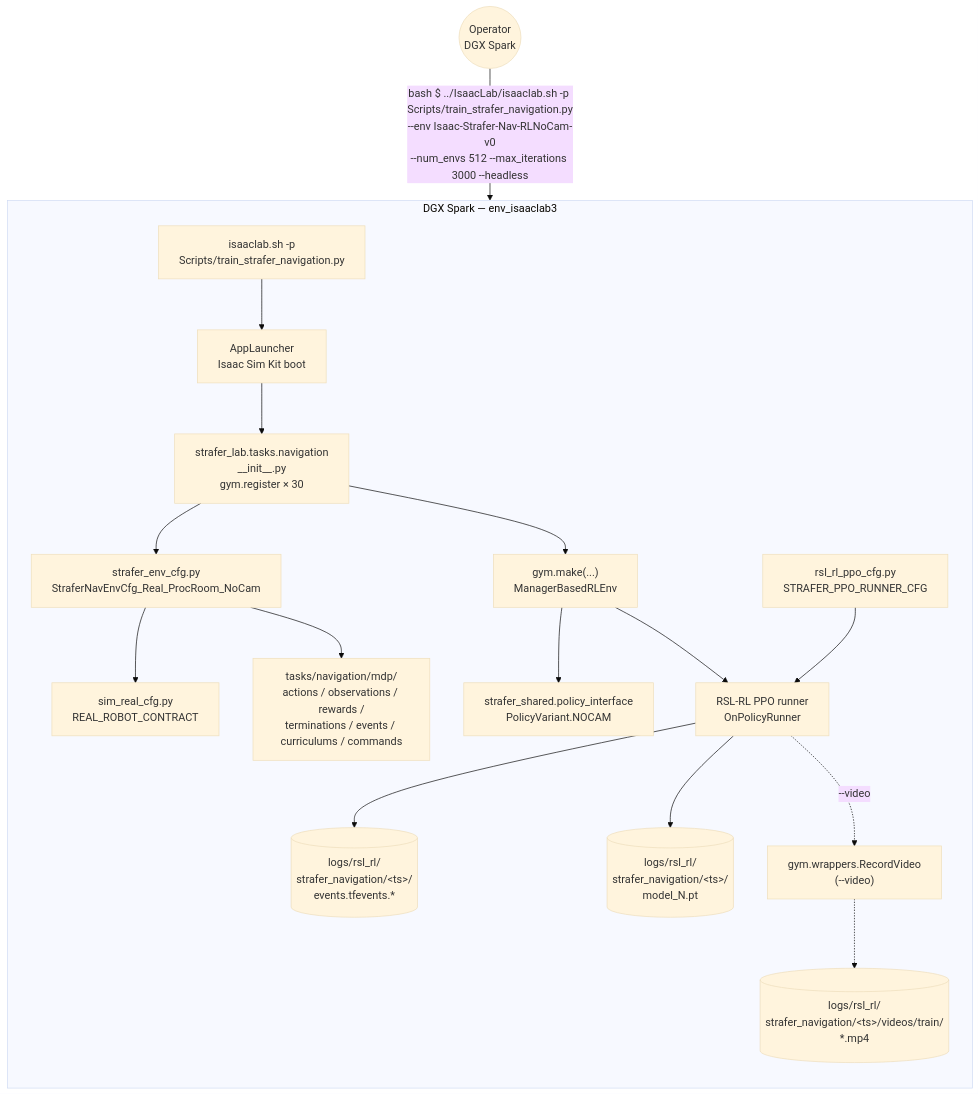
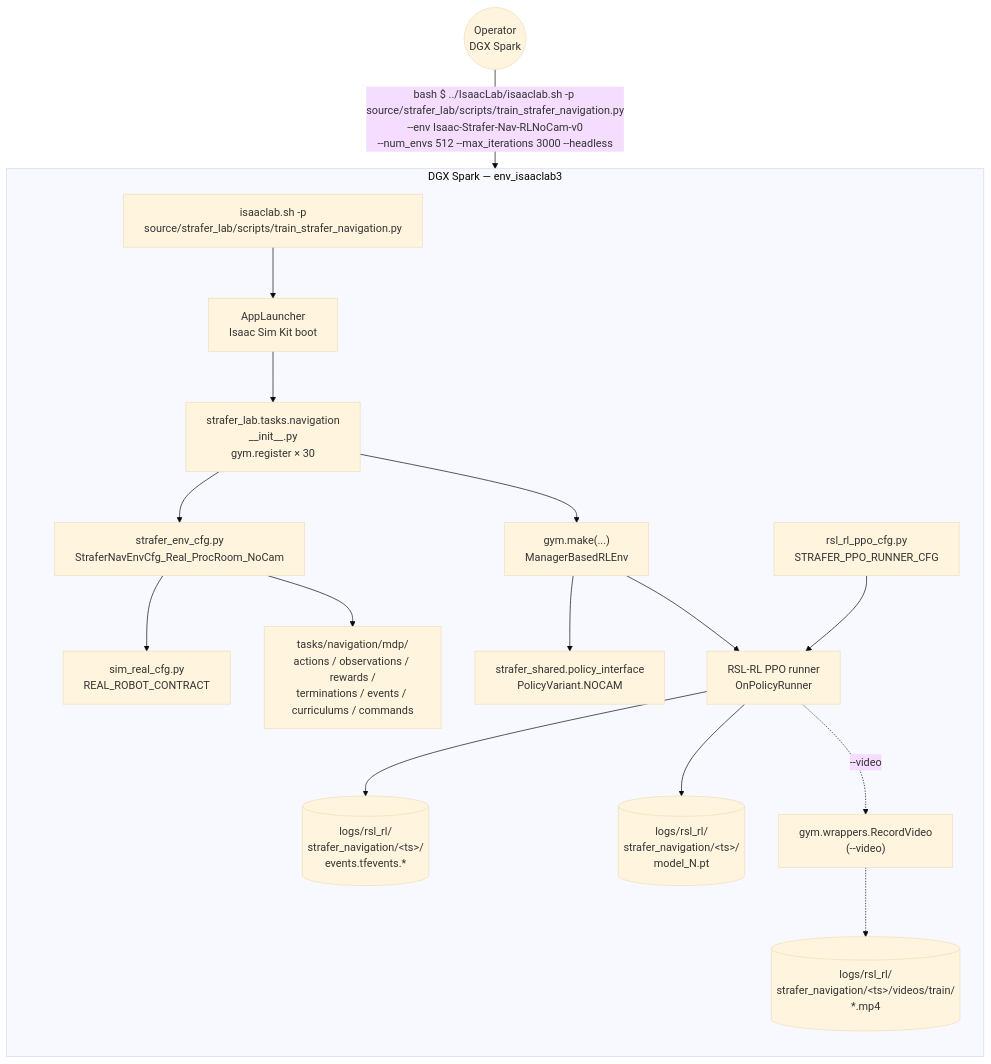
Before and after one commit to zachoines/Sim2RealLab: the third of 7 diagrams in docs/SYSTEM_FLOW_DIAGRAMS.md, drawn with Mermaid (base theme). The commit also changed 59 other files, not shown here.

````diff
--- a/docs/SYSTEM_FLOW_DIAGRAMS.md
+++ b/docs/SYSTEM_FLOW_DIAGRAMS.md
@@ -215,54 +215,54 @@
 ```mermaid
 flowchart TB
     Operator((Operator<br/>DGX Spark))
 
     subgraph DGX["DGX Spark — env_isaaclab3"]
         direction TB
 
-        Launcher["isaaclab.sh -p<br/>Scripts/train_strafer_navigation.py"]
+        Launcher["isaaclab.sh -p<br/>source/strafer_lab/scripts/train_strafer_navigation.py"]
         AppLauncher["AppLauncher<br/>Isaac Sim Kit boot"]
 
         TasksInit["strafer_lab.tasks.navigation<br/>__init__.py<br/>gym.register × 30"]
         EnvCfg["strafer_env_cfg.py<br/>StraferNavEnvCfg_Real_ProcRoom_NoCam"]
         SimRealCfg["sim_real_cfg.py<br/>REAL_ROBOT_CONTRACT"]
         MDP["tasks/navigation/mdp/<br/>actions / observations / rewards /<br/>terminations / events / curriculums / commands"]
 
         GymEnv["gym.make(...)<br/>ManagerBasedRLEnv"]
         PolicyInterface["strafer_shared.policy_interface<br/>PolicyVariant.NOCAM"]
 
         PPO["RSL-RL PPO runner<br/>OnPolicyRunner"]
         RunnerCfg["rsl_rl_ppo_cfg.py<br/>STRAFER_PPO_RUNNER_CFG"]
 
         VideoRec["gym.wrappers.RecordVideo<br/>(--video)"]
 
         Tensorboard[("logs/rsl_rl/<br/>strafer_navigation/&lt;ts&gt;/<br/>events.tfevents.*")]
         Checkpoint[("logs/rsl_rl/<br/>strafer_navigation/&lt;ts&gt;/<br/>model_N.pt")]
         Videos[("logs/rsl_rl/<br/>strafer_navigation/&lt;ts&gt;/videos/train/<br/>*.mp4")]
     end
 
-    Operator -->|bash $ ../IsaacLab/isaaclab.sh -p Scripts/train_strafer_navigation.py<br/>--env Isaac-Strafer-Nav-RLNoCam-v0<br/>--num_envs 512 --max_iterations 3000 --headless| Launcher
+    Operator -->|bash $ ../IsaacLab/isaaclab.sh -p source/strafer_lab/scripts/train_strafer_navigation.py<br/>--env Isaac-Strafer-Nav-RLNoCam-v0<br/>--num_envs 512 --max_iterations 3000 --headless| Launcher
 
     Launcher --> AppLauncher
     AppLauncher --> TasksInit
     TasksInit --> EnvCfg
     EnvCfg --> SimRealCfg
     EnvCfg --> MDP
     TasksInit --> GymEnv
     GymEnv --> PolicyInterface
 
     RunnerCfg --> PPO
     GymEnv --> PPO
     PPO --> Tensorboard
     PPO --> Checkpoint
 
     PPO -.->|--video| VideoRec
     VideoRec -.-> Videos
 
-    click Launcher "../Scripts/train_strafer_navigation.py" "Training wrapper (RSL-RL / aux losses / video)"
+    click Launcher "../source/strafer_lab/scripts/train_strafer_navigation.py" "Training wrapper (RSL-RL / aux losses / video)"
     click TasksInit "../source/strafer_lab/strafer_lab/tasks/navigation" "30 registered gym environments"
     click EnvCfg "../source/strafer_lab/strafer_lab/tasks/navigation" "Env configs per realism × sensor"
     click SimRealCfg "../source/strafer_lab/strafer_lab/tasks/navigation" "Ideal / Realistic / Robust presets"
     click MDP "../source/strafer_lab/strafer_lab/tasks/navigation" "MDP components"
     click PolicyInterface "../source/strafer_shared/strafer_shared/policy_interface.py" "Shared obs / action contract"
     click RunnerCfg "../source/strafer_lab/strafer_lab/tasks/navigation/agents" "PPO runner cfgs"
 ```
````
